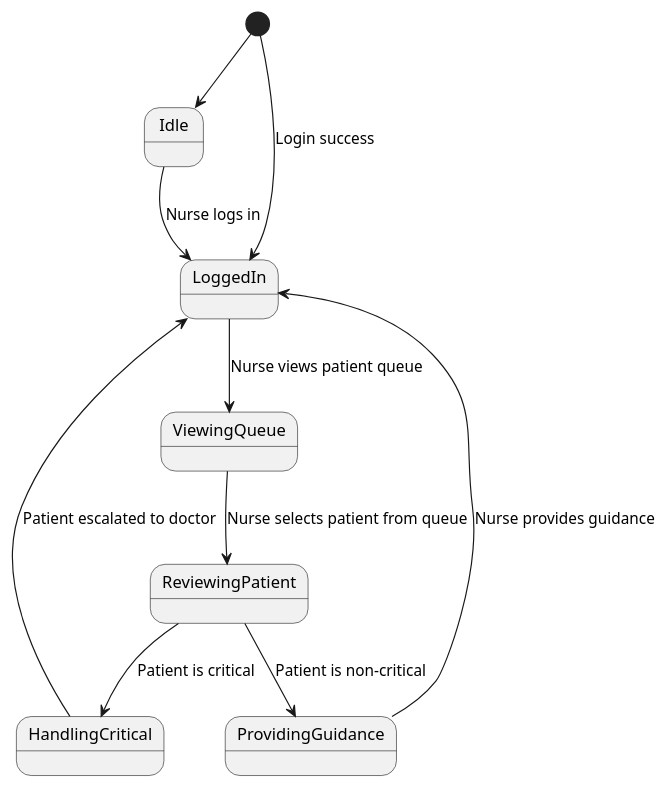
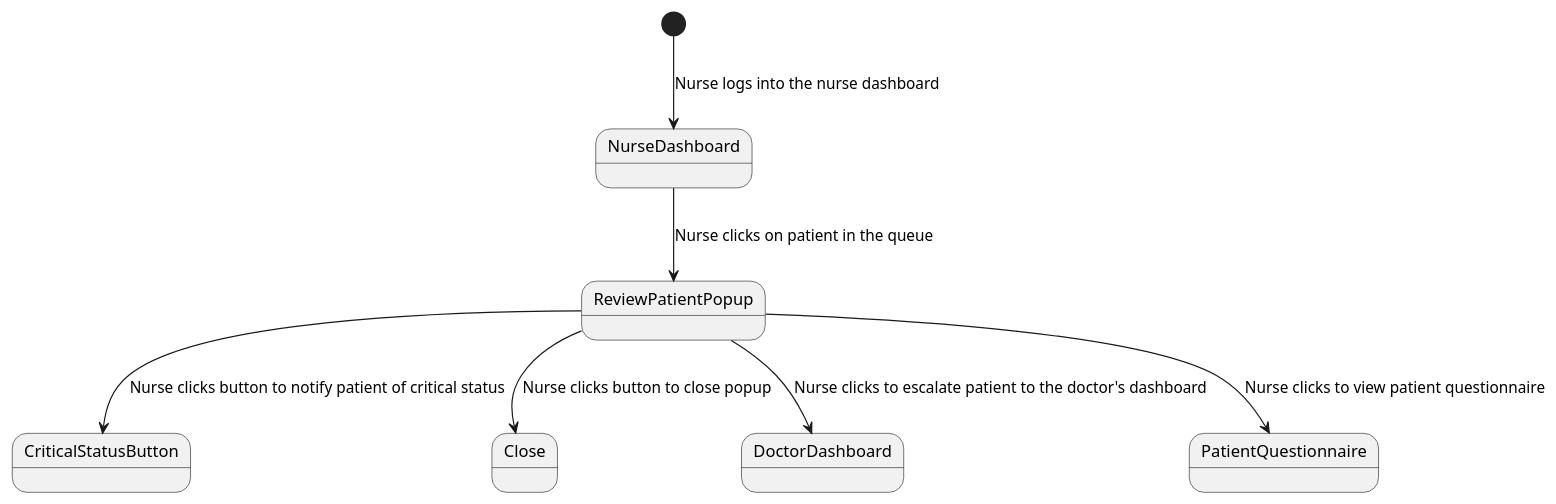
Before and after one commit to SENG-350-2024-fall/Group2: the diagram in milestone_2/state_diagrams/stateNurse.puml, drawn with PlantUML. The commit also changed 1 other file, not shown here.

```diff
--- a/milestone_2/state_diagrams/stateNurse.puml
+++ b/milestone_2/state_diagrams/stateNurse.puml
@@ -1,14 +1,10 @@
 @startuml State
-[*] --> Idle
 
-Idle --> LoggedIn : Nurse logs in
-LoggedIn --> ViewingQueue : Nurse views patient queue
-ViewingQueue --> ReviewingPatient : Nurse selects patient from queue
-ReviewingPatient --> HandlingCritical : Patient is critical
-ReviewingPatient --> ProvidingGuidance : Patient is non-critical
+[*] --> NurseDashboard : Nurse logs into the nurse dashboard
+NurseDashboard --> ReviewPatientPopup : Nurse clicks on patient in the queue
+ReviewPatientPopup --> CriticalStatusButton : Nurse clicks button to notify patient of critical status
+ReviewPatientPopup --> Close : Nurse clicks button to close popup
+ReviewPatientPopup --> DoctorDashboard : Nurse clicks to escalate patient to the doctor's dashboard
+ReviewPatientPopup --> PatientQuestionnaire : Nurse clicks to view patient questionnaire
 
-HandlingCritical --> LoggedIn : Patient escalated to doctor
-ProvidingGuidance --> LoggedIn : Nurse provides guidance
-
-[*] --> LoggedIn : Login success
 @enduml
```
